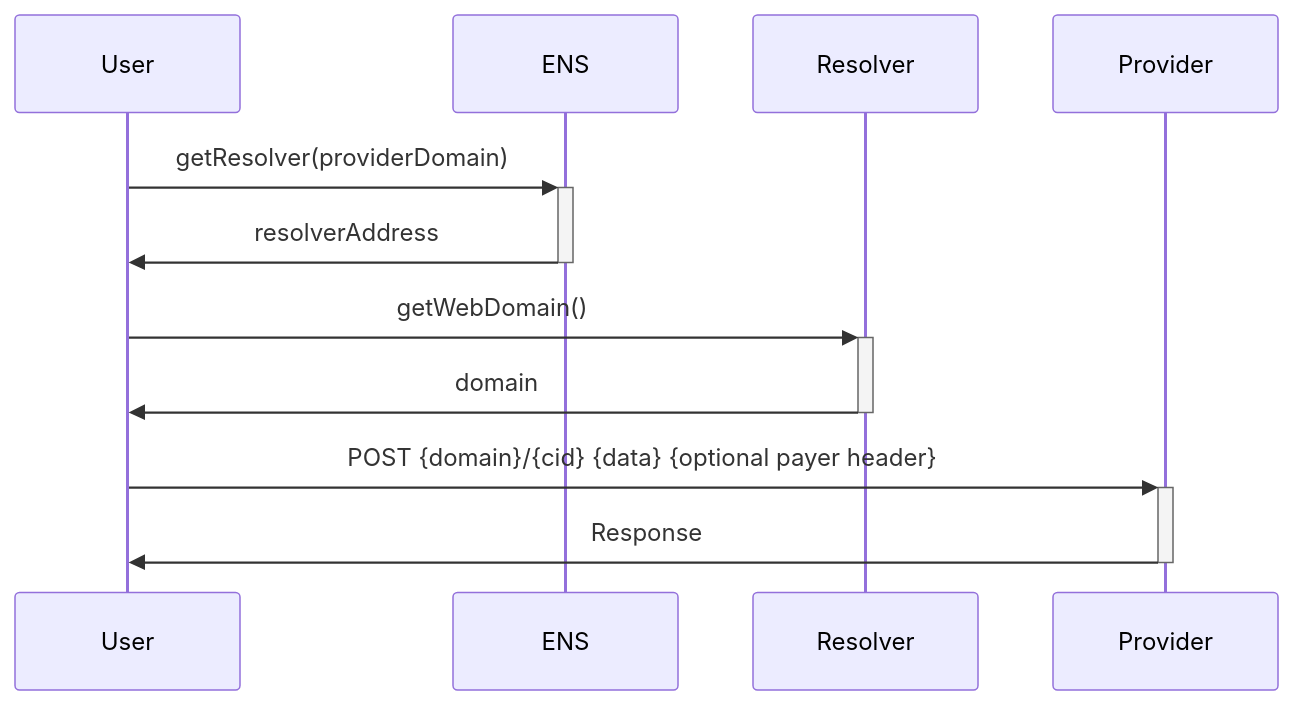
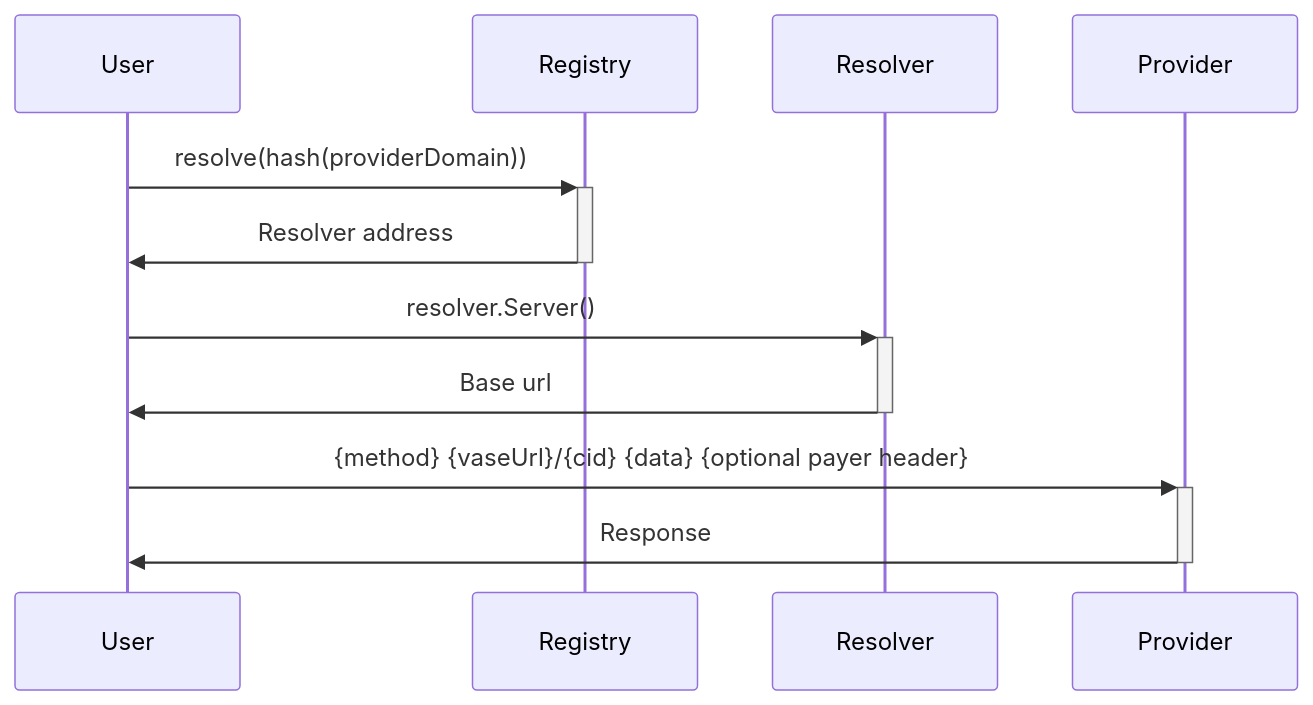
Before and after one commit to matzapata/ipfs-compute: the second of 7 diagrams in README.md, drawn with Mermaid. The commit also changed other lines of this file and 1 other file, not shown here.

Commit message:
schema and utils

````diff
--- a/README.md
+++ b/README.md
@@ -39,9 +41,9 @@
 ```mermaid
 sequenceDiagram
-    User->>+ENS: getResolver(providerDomain)
-    ENS->>-User: resolverAddress
-    User->>+Resolver: getWebDomain()
-    Resolver->>-User: domain
-    User->>+Provider: POST {domain}/{cid} {data} {optional payer header}
+    User->>+Registry: resolve(hash(providerDomain))
+    Registry->>-User: Resolver address
+    User->>+Resolver: resolver.Server()
+    Resolver->>-User: Base url
+    User->>+Provider: {method} {vaseUrl}/{cid} {data} {optional payer header}
     Provider->>-User: Response
 ```
````
